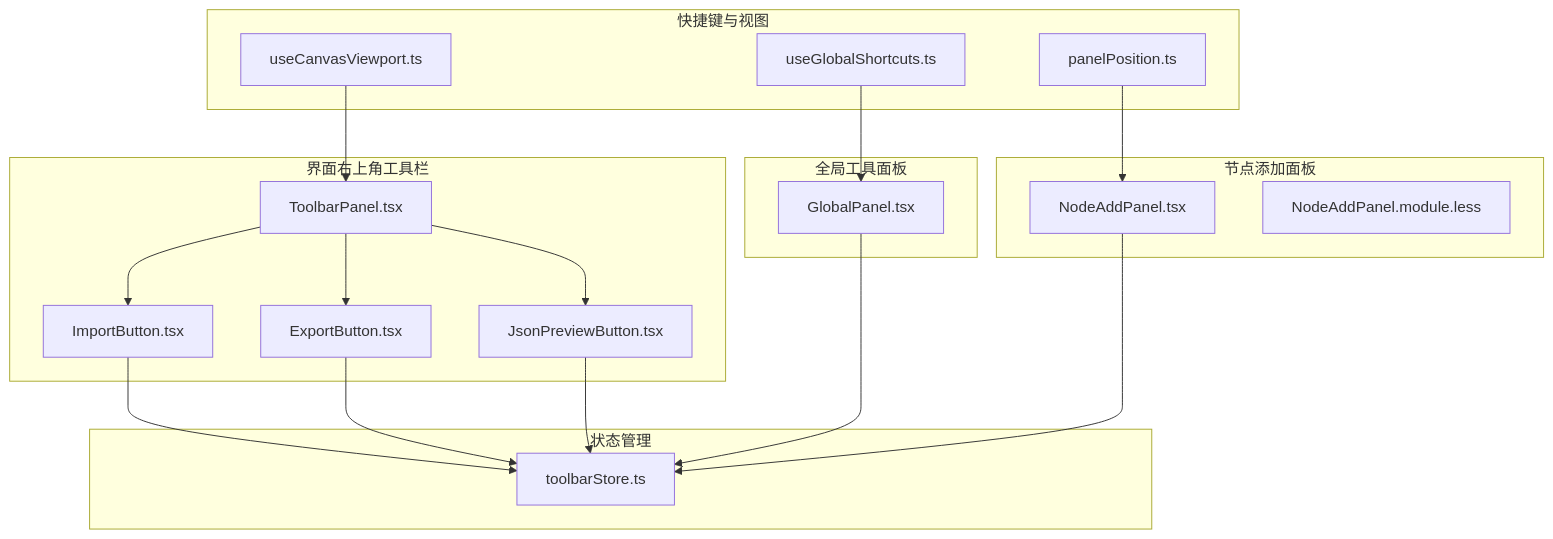
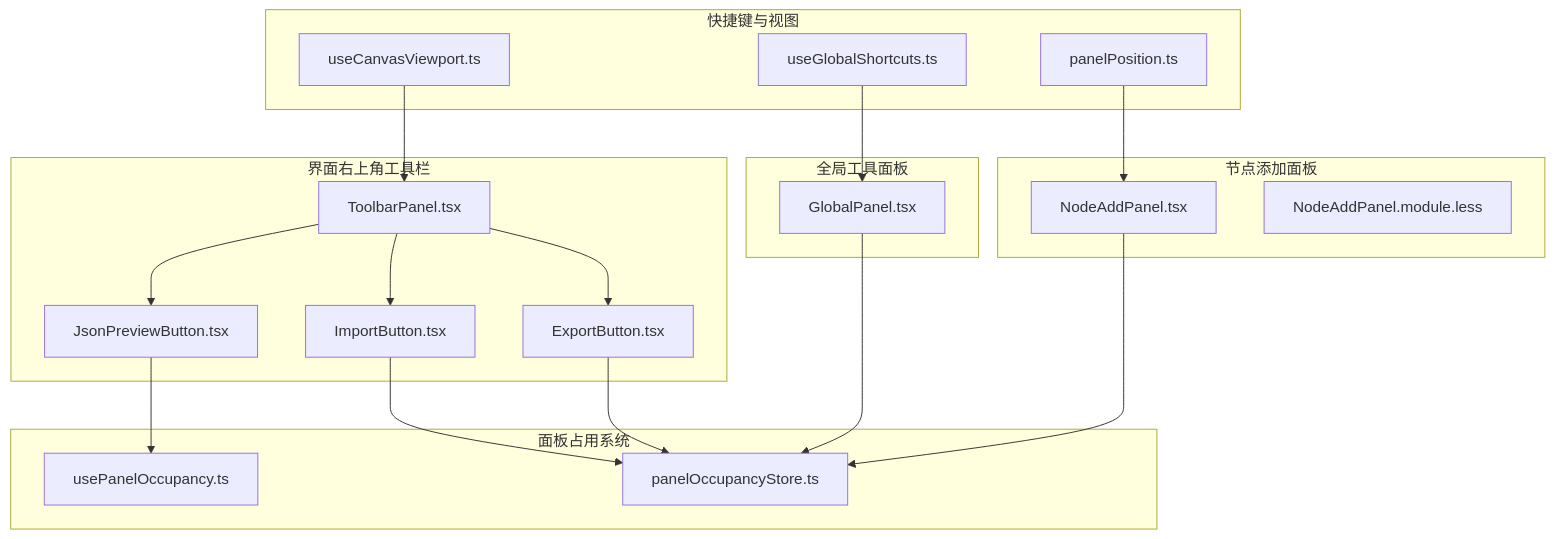
Before and after one commit to kqcoxn/MaaPipelineEditor: the first of 6 diagrams in .qoder/repowiki/zh/content/用户界面/工具栏面板.md, drawn with Mermaid. The commit also changed other lines of this file and 31 other files, not shown here.

````diff
--- a/.qoder/repowiki/zh/content/用户界面/工具栏面板.md
+++ b/.qoder/repowiki/zh/content/用户界面/工具栏面板.md
@@ -48,35 +60,36 @@
 ```mermaid
 graph TB
 subgraph "界面右上角工具栏"
 TP["ToolbarPanel.tsx"]
 IB["ImportButton.tsx"]
 EB["ExportButton.tsx"]
 JP["JsonPreviewButton.tsx"]
 end
-subgraph "状态管理"
-TS["toolbarStore.ts"]
+subgraph "面板占用系统"
+UPO["usePanelOccupancy.ts"]
+POS["panelOccupancyStore.ts"]
 end
 subgraph "节点添加面板"
 NAP["NodeAddPanel.tsx"]
 NAL["NodeAddPanel.module.less"]
 end
 subgraph "全局工具面板"
 GP["GlobalPanel.tsx"]
 end
 subgraph "快捷键与视图"
 GKS["useGlobalShortcuts.ts"]
 PP["panelPosition.ts"]
 UCV["useCanvasViewport.ts"]
 end
 TP --> IB
 TP --> EB
 TP --> JP
-IB --> TS
-EB --> TS
-JP --> TS
-GP --> TS
-NAP --> TS
+IB --> POS
+EB --> POS
+JP --> UPO
+GP --> POS
+NAP --> POS
 GKS --> GP
 PP --> NAP
 UCV --> TP
 ```
````
